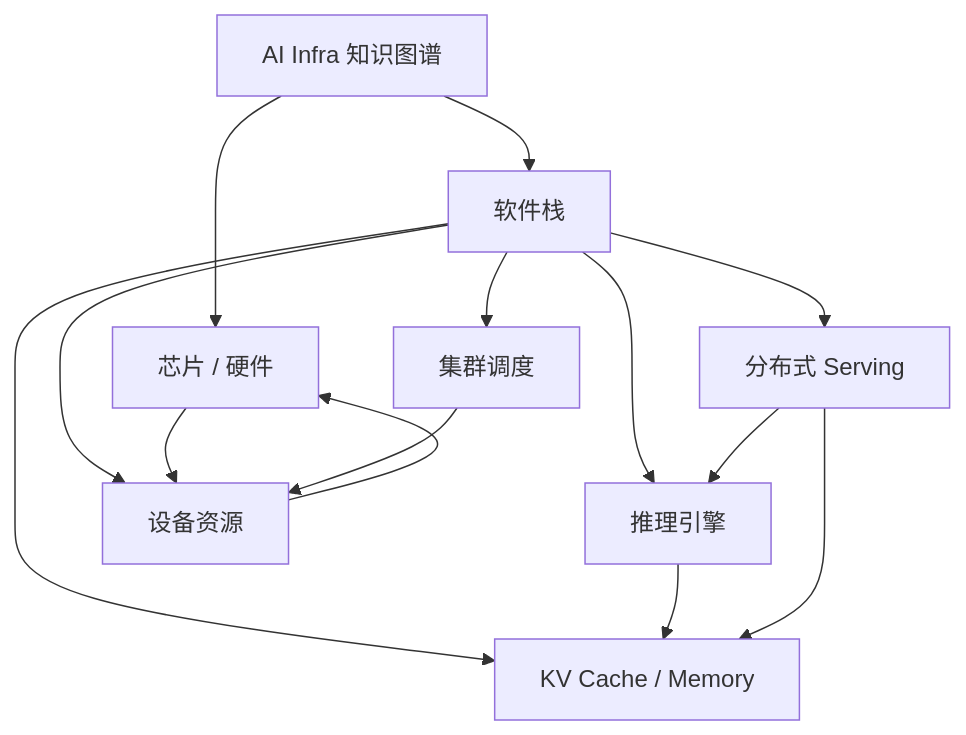
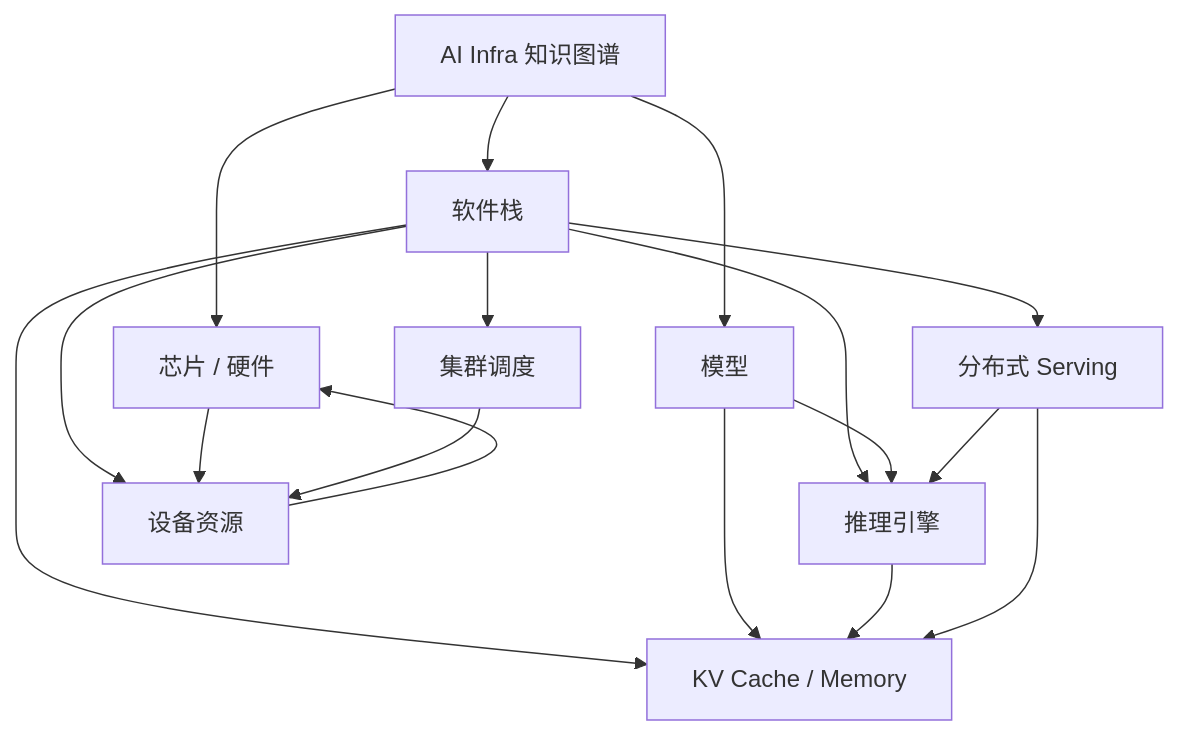
Before and after one commit to MarsChan8293/ai_infra_docs: the diagram in 00-ai-infra-map.md, drawn with Mermaid. The commit also changed other lines of this file and 5 other files, not shown here.

First line of the commit message:
feat: publish ai_infra_docs as a knowledge graph

````diff
--- a/00-ai-infra-map.md
+++ b/00-ai-infra-map.md
@@ -33,16 +41,19 @@
 ```mermaid
 graph TD
     ROOT[AI Infra 知识图谱] --> CHIP[芯片 / 硬件]
     ROOT --> SW[软件栈]
+    ROOT --> MODEL[模型]
     SW --> SERVING[分布式 Serving]
     SW --> ENGINE[推理引擎]
     SW --> KV[KV Cache / Memory]
     SW --> SCHED[集群调度]
     SW --> DEVICE[设备资源]
     CHIP --> DEVICE
+    MODEL --> ENGINE
+    MODEL --> KV
     ENGINE --> KV
     SERVING --> ENGINE
     SERVING --> KV
     SCHED --> DEVICE
     DEVICE --> CHIP
 ```
````
